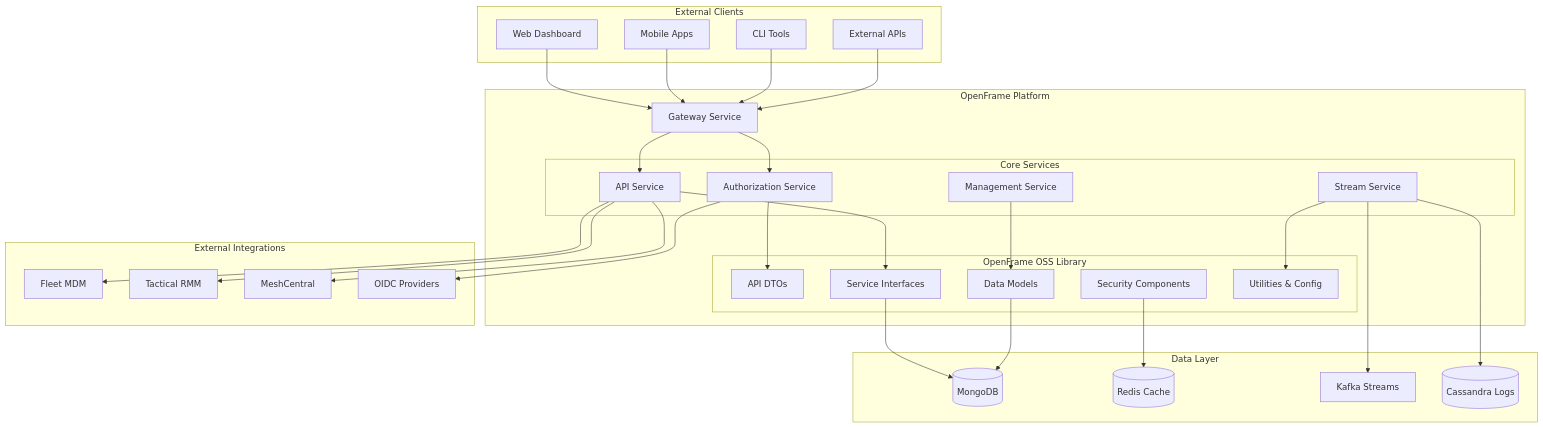
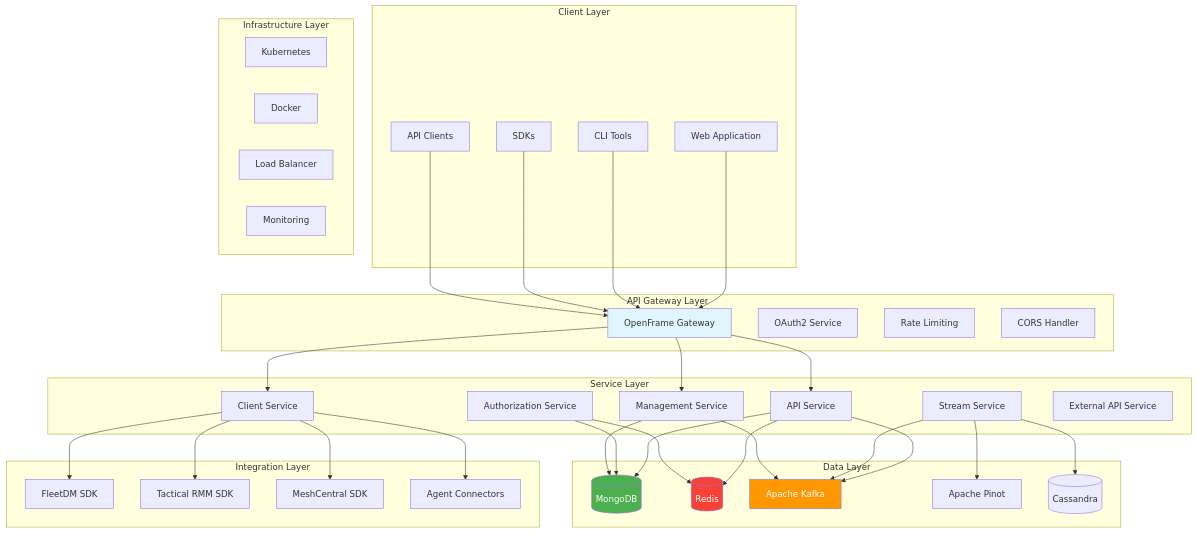
Before and after one commit to flamingo-stack/openframe-oss-lib: the first of 18 diagrams in docs/development/architecture/overview.md, drawn with Mermaid. The commit also changed other lines of this file and 12 other files, not shown here.

````diff
--- a/docs/development/architecture/overview.md
+++ b/docs/development/architecture/overview.md
@@ -9,67 +9,80 @@
 ```mermaid
 graph TB
-    subgraph "External Clients"
-        WEB[Web Dashboard]
-        MOBILE[Mobile Apps]
+    subgraph "Client Layer"
+        WEB[Web Application]
         CLI[CLI Tools]
-        API_CLIENT[External APIs]
+        SDK[SDKs]
+        API_CLIENT[API Clients]
     end
     
-    subgraph "OpenFrame Platform"
-        GATEWAY[Gateway Service]
-        
-        subgraph "Core Services"
-            AUTH[Authorization Service]
-            API[API Service]
-            MGMT[Management Service]
-            STREAM[Stream Service]
-        end
-        
-        subgraph "OpenFrame OSS Library"
-            DTOs[API DTOs]
-            SERVICES[Service Interfaces]
-            DATA[Data Models]
-            SECURITY[Security Components]
-            UTILS[Utilities & Config]
-        end
+    subgraph "API Gateway Layer"
+        GATEWAY[OpenFrame Gateway]
+        OAUTH[OAuth2 Service]
+        RATE[Rate Limiting]
+        CORS[CORS Handler]
+    end
+    
+    subgraph "Service Layer"
+        API[API Service]
+        CLIENT[Client Service]
+        MGMT[Management Service]
+        STREAM[Stream Service]
+        AUTH[Authorization Service]
+        EXT_API[External API Service]
+    end
+    
+    subgraph "Integration Layer"
+        FLEET[FleetDM SDK]
+        TACTICAL[Tactical RMM SDK]
+        MESH[MeshCentral SDK]
+        AGENTS[Agent Connectors]
     end
     
     subgraph "Data Layer"
         MONGO[(MongoDB)]
-        REDIS[(Redis Cache)]
-        KAFKA[Kafka Streams]
-        CASSANDRA[(Cassandra Logs)]
+        REDIS[(Redis)]
+        KAFKA[Apache Kafka]
+        PINOT[Apache Pinot]
+        CASSANDRA[(Cassandra)]
     end
     
-    subgraph "External Integrations"
-        FLEET[Fleet MDM]
-        TACTICAL[Tactical RMM]
-        MESH[MeshCentral]
-        OIDC[OIDC Providers]
+    subgraph "Infrastructure Layer"
+        K8S[Kubernetes]
+        DOCKER[Docker]
+        NGINX[Load Balancer]
+        MONITOR[Monitoring]
     end
     
     WEB --> GATEWAY
-    MOBILE --> GATEWAY
     CLI --> GATEWAY
+    SDK --> GATEWAY
     API_CLIENT --> GATEWAY
     
-    GATEWAY --> AUTH
     GATEWAY --> API
+    GATEWAY --> CLIENT
+    GATEWAY --> MGMT
     
-    AUTH --> DTOs
-    API --> SERVICES
-    MGMT --> DATA
-    STREAM --> UTILS
+    API --> MONGO
+    API --> REDIS
+    API --> KAFKA
     
-    SERVICES --> MONGO
-    DATA --> MONGO
-    SECURITY --> REDIS
+    CLIENT --> FLEET
+    CLIENT --> TACTICAL
+    CLIENT --> MESH
+    CLIENT --> AGENTS
     
     STREAM --> KAFKA
+    STREAM --> PINOT
     STREAM --> CASSANDRA
     
-    API --> FLEET
-    API --> TACTICAL
-    API --> MESH
-    AUTH --> OIDC
+    AUTH --> MONGO
+    AUTH --> REDIS
+    
+    MGMT --> MONGO
+    MGMT --> KAFKA
+    
+    style GATEWAY fill:#e1f5fe
+    style MONGO fill:#4caf50,color:#fff
+    style KAFKA fill:#ff9800,color:#fff
+    style REDIS fill:#f44336,color:#fff
 ```
````
